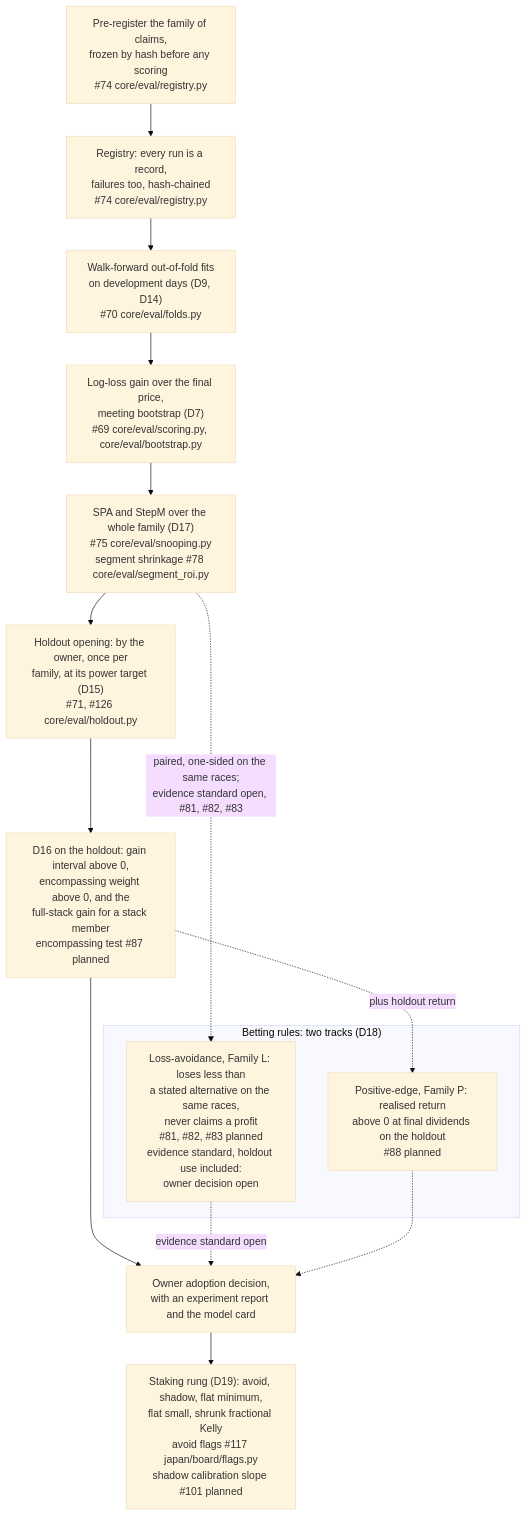
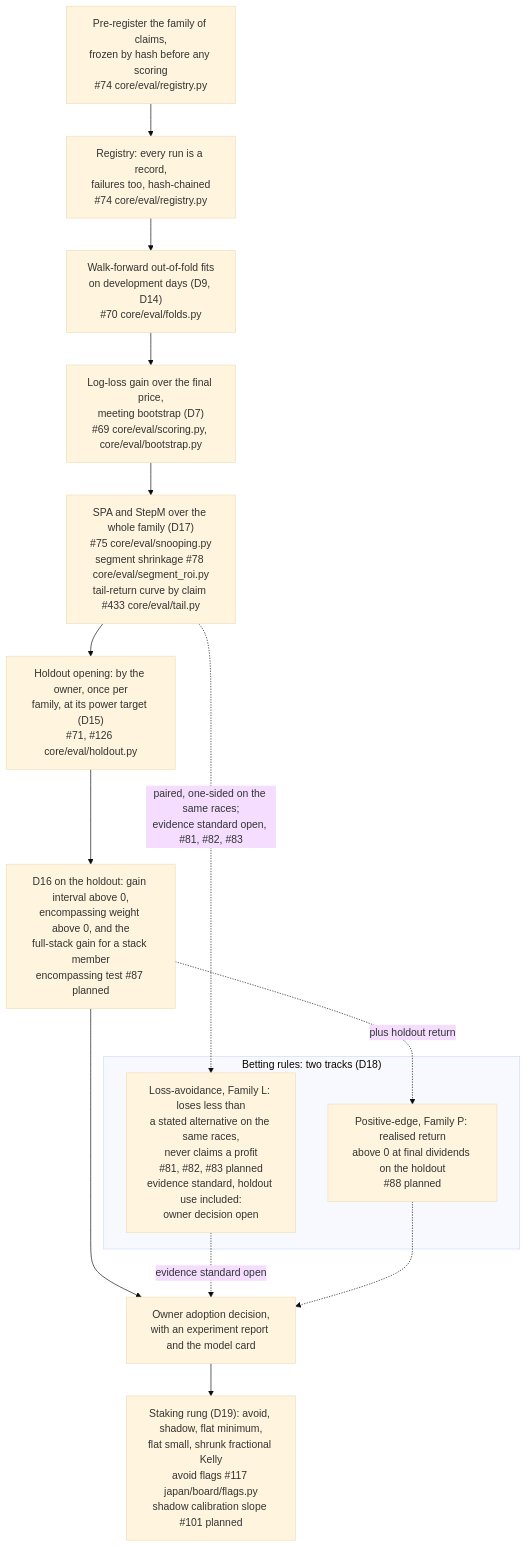
One commit to rjeskuri/HorseTrackBetting changed the fifth of 6 diagrams in docs/modeling.md. Above: the diagram before and after it, drawn with Mermaid (base theme). The commit also changed 3 other files, not shown here.

First line of the commit message:
Add the core/eval tail-return curve by claimed value (#433)

````diff
--- a/docs/modeling.md
+++ b/docs/modeling.md
@@ -211,28 +211,28 @@
 ```mermaid
 flowchart TD
     PRE["Pre-register the family of claims,<br/>frozen by hash before any scoring<br/>#74 core/eval/registry.py"]
     REG["Registry: every run is a record,<br/>failures too, hash-chained<br/>#74 core/eval/registry.py"]
     OOF["Walk-forward out-of-fold fits<br/>on development days (D9, D14)<br/>#70 core/eval/folds.py"]
     BOOT["Log-loss gain over the final price,<br/>meeting bootstrap (D7)<br/>#69 core/eval/scoring.py, core/eval/bootstrap.py"]
-    SNOOP["SPA and StepM over the whole family (D17)<br/>#75 core/eval/snooping.py<br/>segment shrinkage #78 core/eval/segment_roi.py"]
+    SNOOP["SPA and StepM over the whole family (D17)<br/>#75 core/eval/snooping.py<br/>segment shrinkage #78 core/eval/segment_roi.py<br/>tail-return curve by claim #433 core/eval/tail.py"]
     HOLD["Holdout opening: by the owner, once per<br/>family, at its power target (D15)<br/>#71, #126 core/eval/holdout.py"]
     D16["D16 on the holdout: gain interval above 0,<br/>encompassing weight above 0, and the<br/>full-stack gain for a stack member<br/>encompassing test #87 planned"]
     subgraph TRACKS["Betting rules: two tracks (D18)"]
         LA["Loss-avoidance, Family L: loses less than<br/>a stated alternative on the same races,<br/>never claims a profit<br/>#81, #82, #83 planned<br/>evidence standard, holdout use included:<br/>owner decision open"]
         PE["Positive-edge, Family P: realised return<br/>above 0 at final dividends on the holdout<br/>#88 planned"]
     end
     OWN["Owner adoption decision,<br/>with an experiment report and the model card"]
     RUNG["Staking rung (D19): avoid, shadow, flat minimum,<br/>flat small, shrunk fractional Kelly<br/>avoid flags #117 japan/board/flags.py<br/>shadow calibration slope #101 planned"]
     PRE --> REG
     REG --> OOF
     OOF --> BOOT
     BOOT --> SNOOP
     SNOOP --> HOLD
     SNOOP -.->|"paired, one-sided on the same races;<br/>evidence standard open, #81, #82, #83"| LA
     HOLD --> D16
     D16 -.->|"plus holdout return"| PE
     D16 --> OWN
     LA -.->|"evidence standard open"| OWN
     PE -.-> OWN
     OWN --> RUNG
 ```
````
